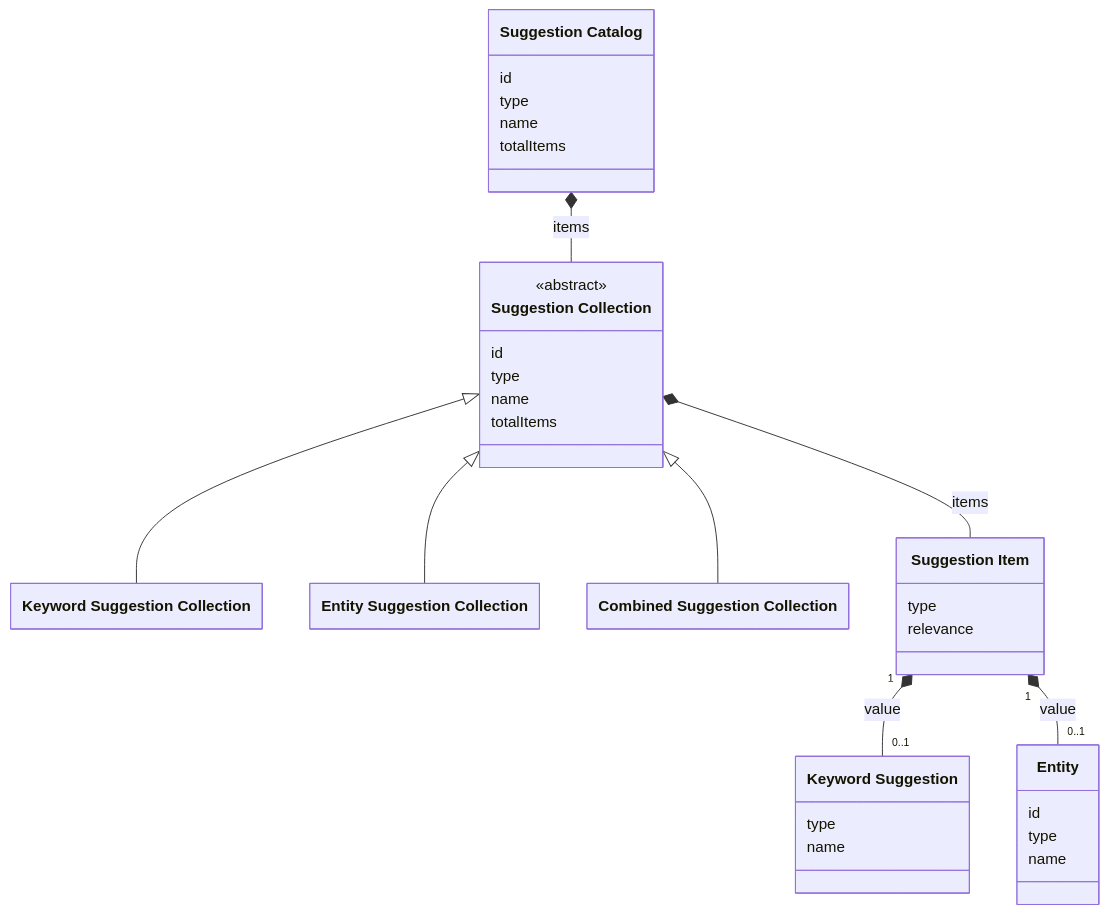
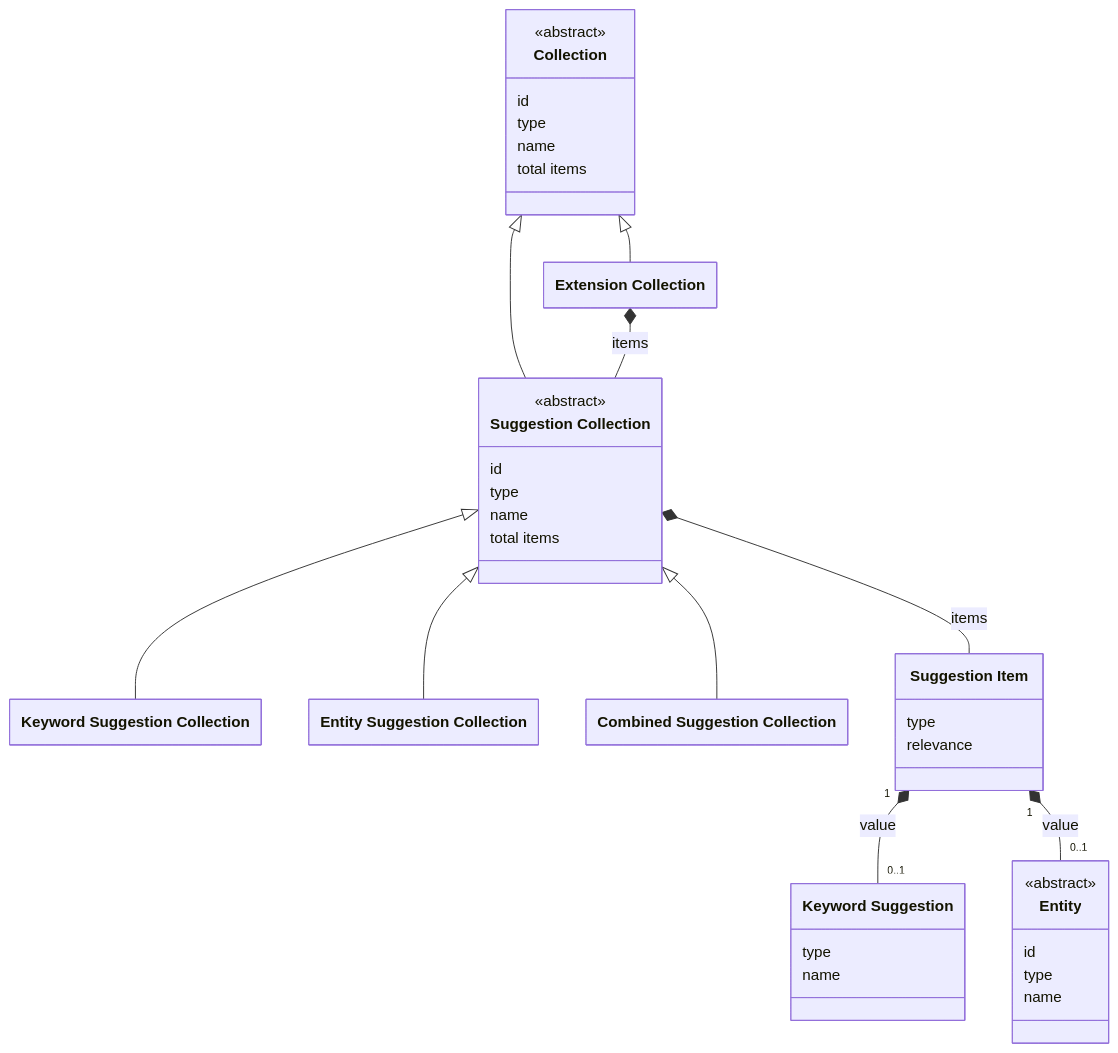
One commit to netwerk-digitaal-erfgoed/netwerk-digitaal-erfgoed.github.io changed the diagram in docs/requirements/data-layer-api/rest/suggestions.md. Above: the diagram before and after it, drawn with Mermaid. The commit also changed other lines of this file and 10 other files, not shown here.

````diff
--- a/docs/requirements/data-layer-api/rest/suggestions.md
+++ b/docs/requirements/data-layer-api/rest/suggestions.md
@@ -31,52 +32,59 @@
 ```mermaid
 ---
   config:
     class:
       hideEmptyMembersBox: true
 ---
 classDiagram
 
-class SuggestionCatalog["Suggestion Catalog"] {
+class Collection["Collection"] {
+  <<abstract>>
   id
   type
   name
-  totalItems
+  total items
 }
+
+class ExtensionCollection["Extension Collection"]
 
 class SuggestionCollection["Suggestion Collection"] {
   <<abstract>>
   id
   type
   name
-  totalItems
+  total items
 }
 
 class KeywordSuggestionCollection["Keyword Suggestion Collection"]
 class EntitySuggestionCollection["Entity Suggestion Collection"]
 class CombinedSuggestionCollection["Combined Suggestion Collection"]
 
 class SuggestionItem["Suggestion Item"] {
   type
   relevance
 }
 
 class KeywordSuggestion["Keyword Suggestion"] {
   type
   name
 }
 
 class Entity {
+  <<abstract>>
   id
   type
   name
 }
 
-SuggestionCatalog *-- SuggestionCollection : items
+Collection <|-- ExtensionCollection
+Collection <|-- SuggestionCollection
 SuggestionCollection <|-- KeywordSuggestionCollection
 SuggestionCollection <|-- EntitySuggestionCollection
 SuggestionCollection <|-- CombinedSuggestionCollection
+
+ExtensionCollection *-- SuggestionCollection : items
 
 SuggestionCollection *-- SuggestionItem : items
 SuggestionItem "1" *-- "0..1" KeywordSuggestion : value
 SuggestionItem "1" *-- "0..1" Entity  : value
 ```
````
